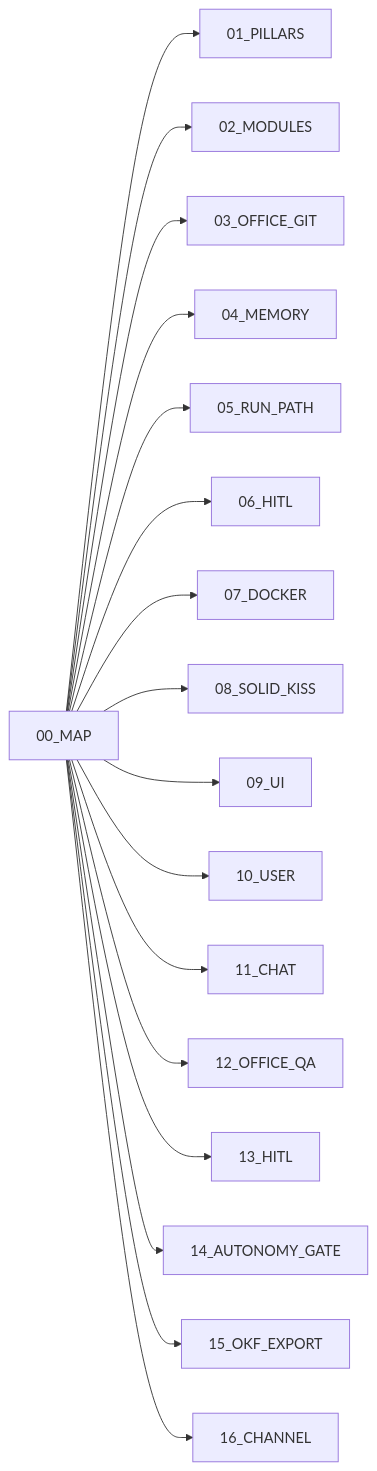
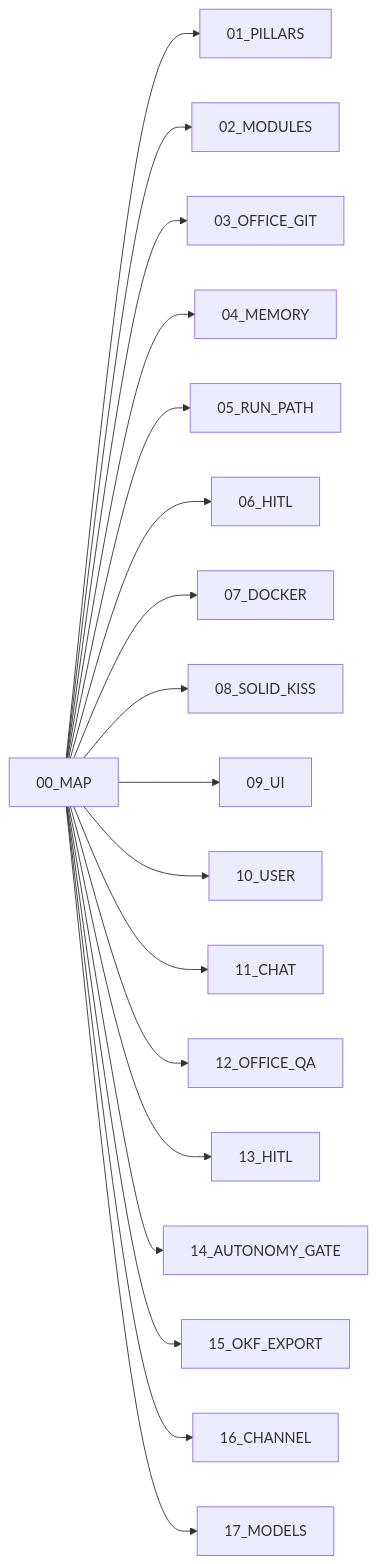
Before and after one commit to abhishekjasani/AgentAnyStack: the diagram in docs/architecture/00_MAP.md, drawn with Mermaid. The commit also changed other lines of this file and 10 other files, not shown here.

````diff
--- a/docs/architecture/00_MAP.md
+++ b/docs/architecture/00_MAP.md
@@ -5,19 +5,20 @@
 ```mermaid
 flowchart LR
     MAP[00_MAP] --> P[01_PILLARS]
     MAP --> M[02_MODULES]
     MAP --> O[03_OFFICE_GIT]
     MAP --> MEM[04_MEMORY]
     MAP --> R[05_RUN_PATH]
     MAP --> H[06_HITL]
     MAP --> D[07_DOCKER]
     MAP --> S[08_SOLID_KISS]
     MAP --> U[09_UI]
     MAP --> USR[10_USER]
     MAP --> CH[11_CHAT]
     MAP --> OQ[12_OFFICE_QA]
     MAP --> H13[13_HITL]
     MAP --> A14[14_AUTONOMY_GATE]
     MAP --> E15[15_OKF_EXPORT]
     MAP --> CH16[16_CHANNEL]
+    MAP --> M17[17_MODELS]
 ```
````
